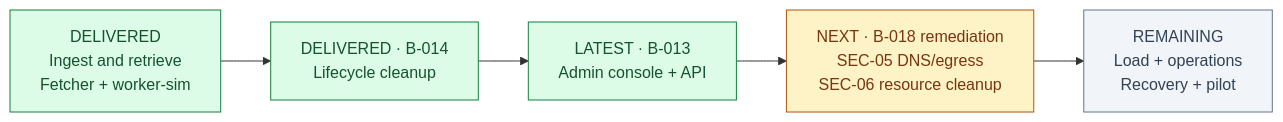
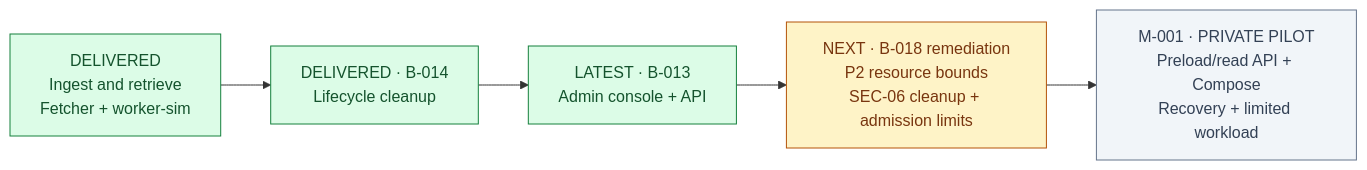
The second of 2 diagrams in docs/OVERVIEW.md (mezanno/prototype_cache), drawn with Mermaid before and after one commit. The commit also changed other lines of this file and 26 other files, not shown here.

First line of the commit message:
Plan private cache pilot and harden outbound connections and capability state

````diff
--- a/docs/OVERVIEW.md
+++ b/docs/OVERVIEW.md
@@ -104,14 +110,14 @@
 ```mermaid
 flowchart LR
     core["DELIVERED<br/>Ingest and retrieve<br/>Fetcher + worker-sim"]
     lifecycle["DELIVERED · B-014<br/>Lifecycle cleanup"]
     admin["LATEST · B-013<br/>Admin console + API"]
-    security["NEXT · B-018 remediation<br/>SEC-05 DNS/egress<br/>SEC-06 resource cleanup"]
-    readiness["REMAINING<br/>Load + operations<br/>Recovery + pilot"]
+    security["NEXT · B-018 remediation<br/>P2 resource bounds<br/>SEC-06 cleanup + admission limits"]
+    readiness["M-001 · PRIVATE PILOT<br/>Preload/read API + Compose<br/>Recovery + limited workload"]
     core --> lifecycle --> admin --> security --> readiness
     style core fill:#dcfce7,stroke:#15803d,color:#14532d
     style lifecycle fill:#dcfce7,stroke:#15803d,color:#14532d
     style admin fill:#dcfce7,stroke:#15803d,color:#14532d
     style security fill:#fef3c7,stroke:#b45309,color:#78350f
     style readiness fill:#f1f5f9,stroke:#64748b,color:#334155
 ```
````
